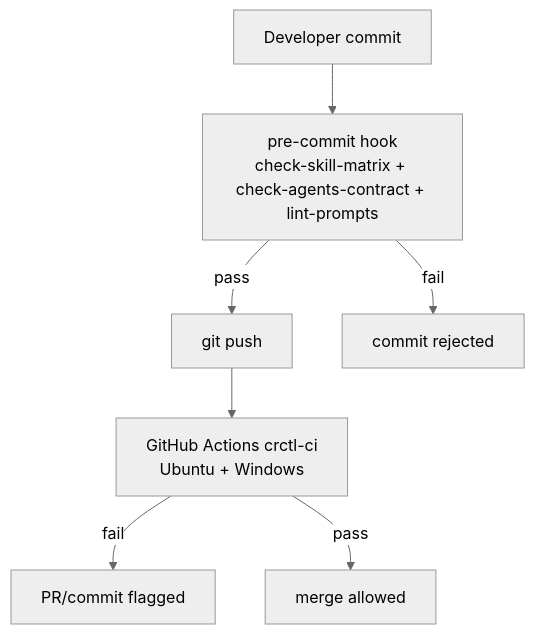
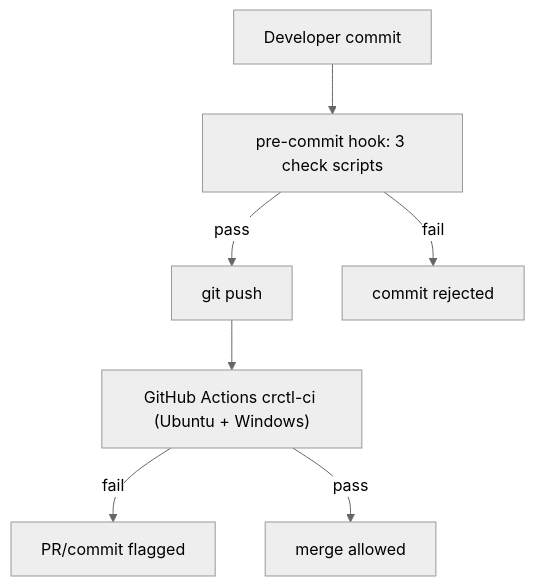
Before and after one commit to OldBoy405/AI-First-tools: the diagram in openwiki/operations/ci-guards.md, drawn with Mermaid (neutral theme). The commit also changed other lines of this file and 27 other files, not shown here.

````diff
--- a/openwiki/operations/ci-guards.md
+++ b/openwiki/operations/ci-guards.md
@@ -29,9 +31,9 @@
 ```mermaid
 flowchart TD
-    DEV["Developer commit"] --> PRE["pre-commit hook<br/>check-skill-matrix + check-agents-contract + lint-prompts"]
+    DEV["Developer commit"] --> PRE["pre-commit hook: 3 check scripts"]
     PRE -->|pass| PUSH["git push"]
     PRE -->|fail| BLOCK["commit rejected"]
-    PUSH --> CI["GitHub Actions crctl-ci<br/>Ubuntu + Windows"]
+    PUSH --> CI["GitHub Actions crctl-ci (Ubuntu + Windows)"]
     CI -->|fail| ALERT["PR/commit flagged"]
     CI -->|pass| OK["merge allowed"]
 ```
````
